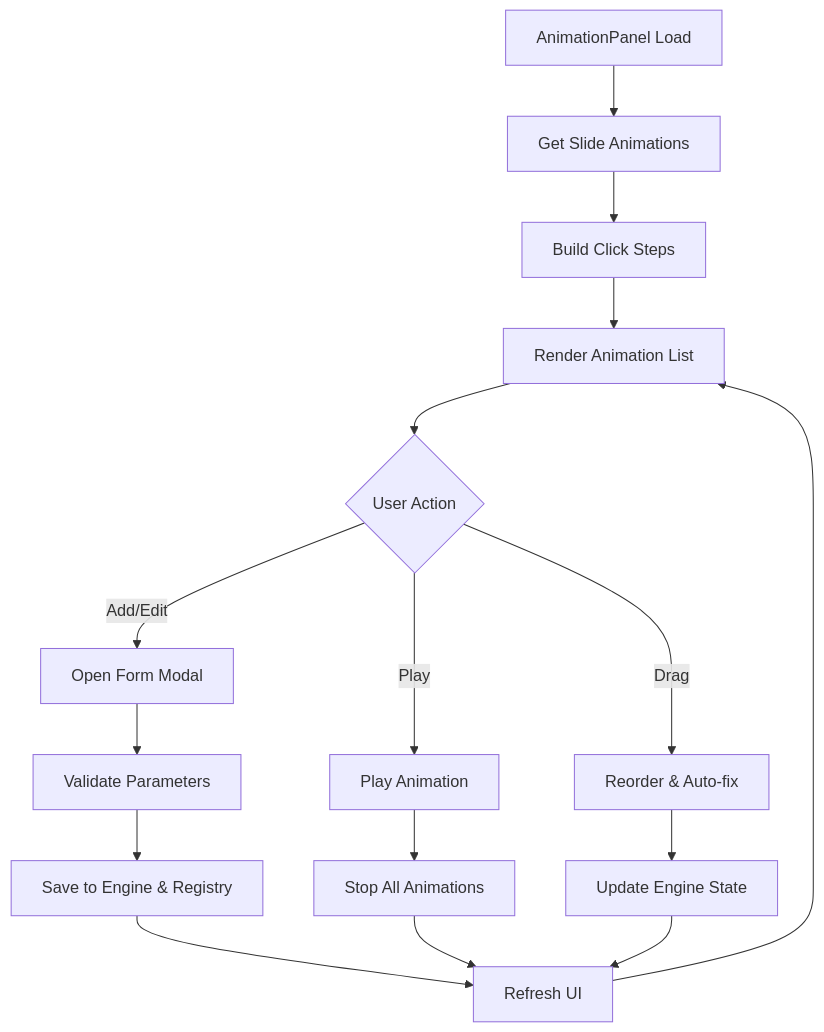
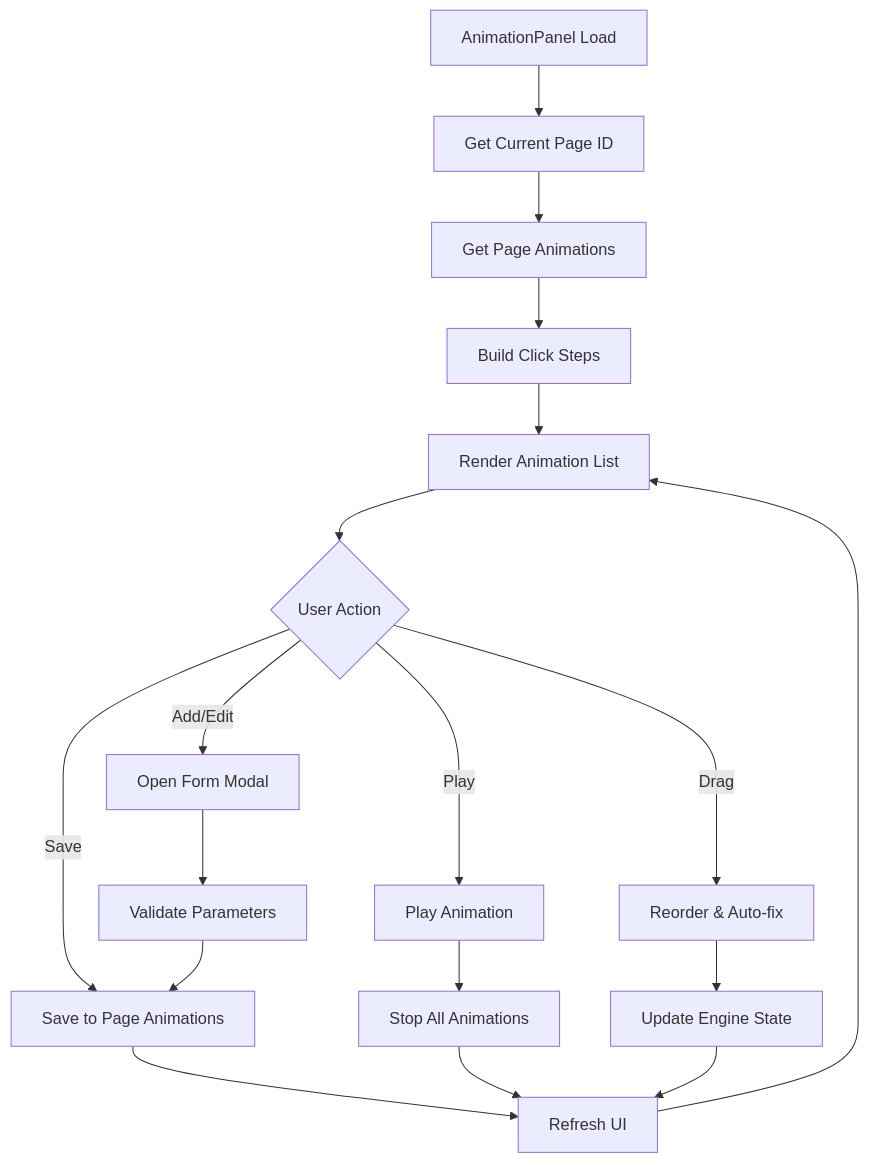
The fifth of 6 diagrams in .qoder/repowiki/en/content/Animation System/Animation System.md (Anna0314zy/ai_editor_enginer), drawn with Mermaid before and after one commit. The commit also changed other lines of this file and 12 other files, not shown here.

````diff
--- a/.qoder/repowiki/en/content/Animation System/Animation System.md
+++ b/.qoder/repowiki/en/content/Animation System/Animation System.md
@@ -333,18 +367,20 @@
 ```mermaid
 flowchart TD
-UI_START["AnimationPanel Load"] --> GET_ANIMS["Get Slide Animations"]
+UI_START["AnimationPanel Load"] --> GET_PAGE["Get Current Page ID"]
+GET_PAGE --> GET_ANIMS["Get Page Animations"]
 GET_ANIMS --> BUILD_STEPS["Build Click Steps"]
 BUILD_STEPS --> RENDER_LIST["Render Animation List"]
 RENDER_LIST --> USER_INTERACTION{"User Action"}
 USER_INTERACTION --> |"Add/Edit"| FORM_OPEN["Open Form Modal"]
 USER_INTERACTION --> |"Play"| PREVIEW["Play Animation"]
 USER_INTERACTION --> |"Drag"| REORDER["Reorder & Auto-fix"]
+USER_INTERACTION --> |"Save"| SAVE_ANIM["Save to Page Animations"]
 FORM_OPEN --> VALIDATE["Validate Parameters"]
-VALIDATE --> SAVE["Save to Engine & Registry"]
+VALIDATE --> SAVE_ANIM
 PREVIEW --> STOP_ALL["Stop All Animations"]
 REORDER --> UPDATE_ENGINE["Update Engine State"]
-SAVE --> REFRESH["Refresh UI"]
+SAVE_ANIM --> REFRESH["Refresh UI"]
 STOP_ALL --> REFRESH
 UPDATE_ENGINE --> REFRESH
 REFRESH --> RENDER_LIST
 ```
````
